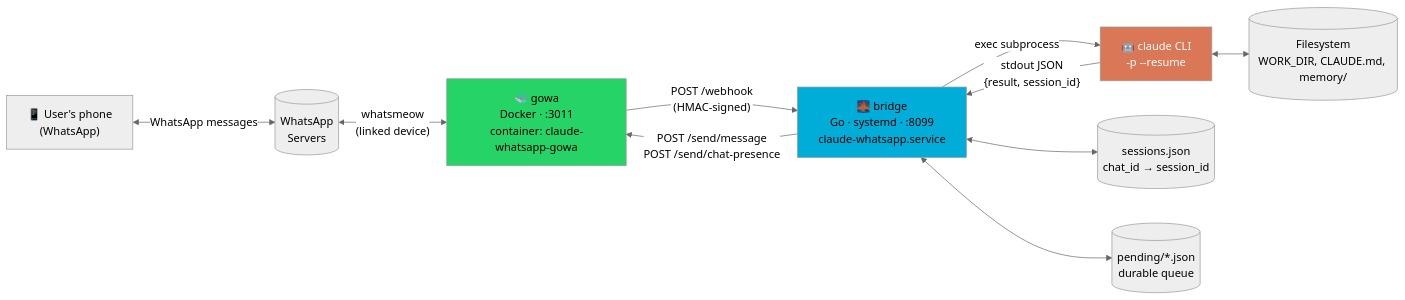
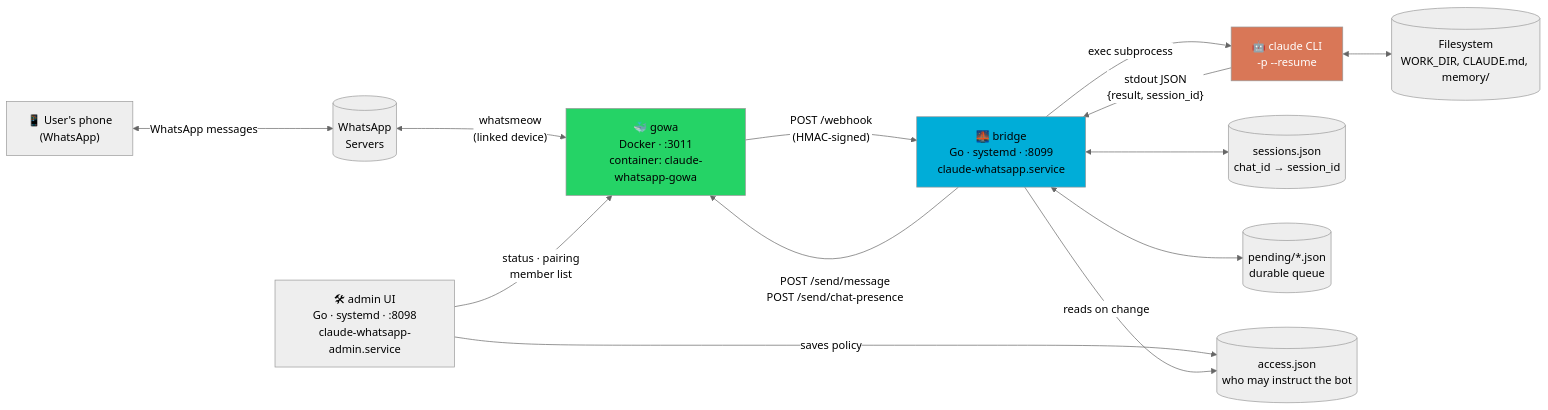
One commit to tarkiman/claude-whatsapp changed the first of 4 diagrams in docs/ARCHITECTURE.md. Above: the diagram before and after it, drawn with Mermaid (neutral theme). The commit also changed other lines of this file and 9 other files, not shown here.

````diff
--- a/docs/ARCHITECTURE.md
+++ b/docs/ARCHITECTURE.md
@@ -24,25 +26,30 @@
 ```mermaid
 flowchart LR
     Phone["📱 User's phone\n(WhatsApp)"]
     WA[("WhatsApp\nServers")]
     Gowa["🐳 gowa\nDocker · :3011\ncontainer: claude-whatsapp-gowa"]
     Bridge["🌉 bridge\nGo · systemd · :8099\nclaude-whatsapp.service"]
     Claude["🤖 claude CLI\n-p --resume <session>"]
     Store[("sessions.json\nchat_id → session_id")]
     Pending[("pending/*.json\ndurable queue")]
     FS[("Filesystem\nWORK_DIR, CLAUDE.md, memory/")]
 
     Phone <-->|"WhatsApp messages"| WA
     WA <-->|"whatsmeow\n(linked device)"| Gowa
     Gowa -->|"POST /webhook\n(HMAC-signed)"| Bridge
     Bridge -->|"POST /send/message\nPOST /send/chat-presence"| Gowa
     Bridge -->|"exec subprocess"| Claude
     Claude -->|"stdout JSON\n{result, session_id}"| Bridge
     Bridge <--> Store
     Bridge <--> Pending
     Claude <--> FS
+    Admin["🛠 admin UI\nGo · systemd · :8098\nclaude-whatsapp-admin.service"]
+    Access[("access.json\nwho may instruct the bot")]
+    Admin -->|"saves policy"| Access
+    Bridge -->|"reads on change"| Access
+    Admin -->|"status · pairing\nmember list"| Gowa
 
     style Gowa fill:#25D366,color:#000
     style Bridge fill:#00ADD8,color:#000
     style Claude fill:#D97757,color:#fff
 ```
````
